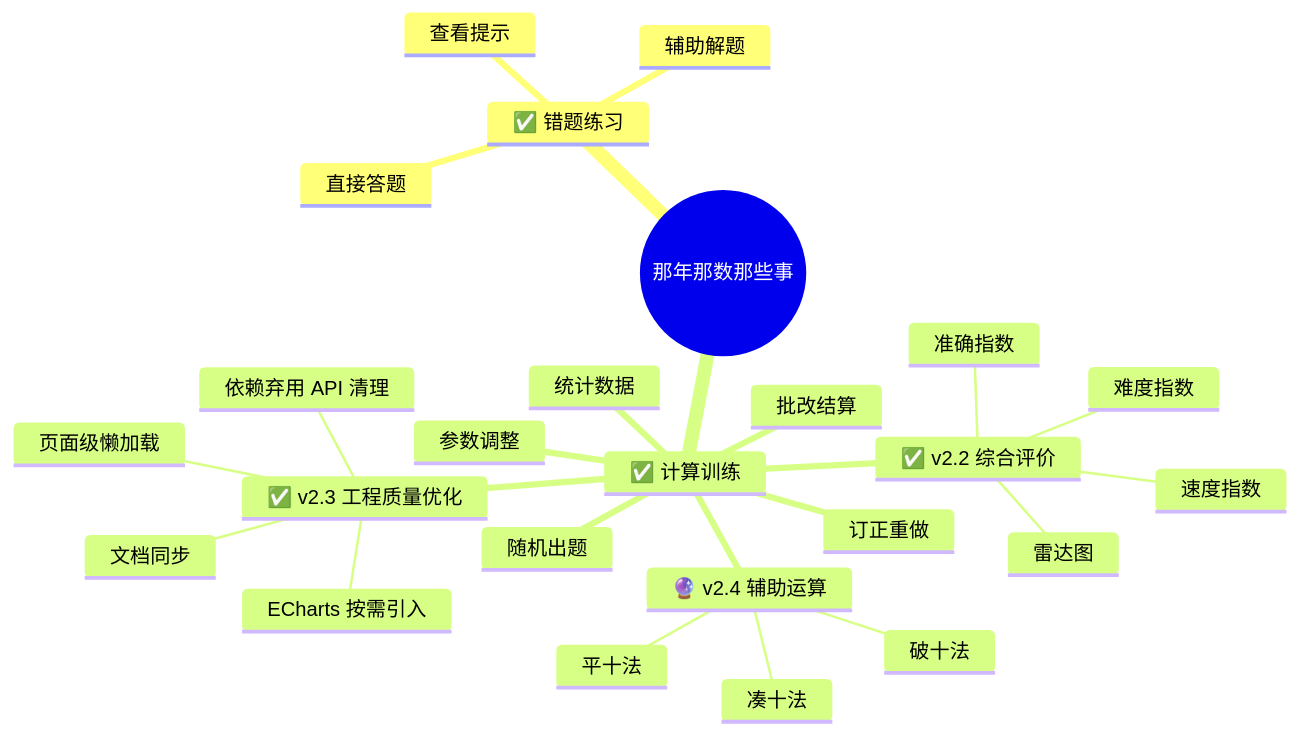
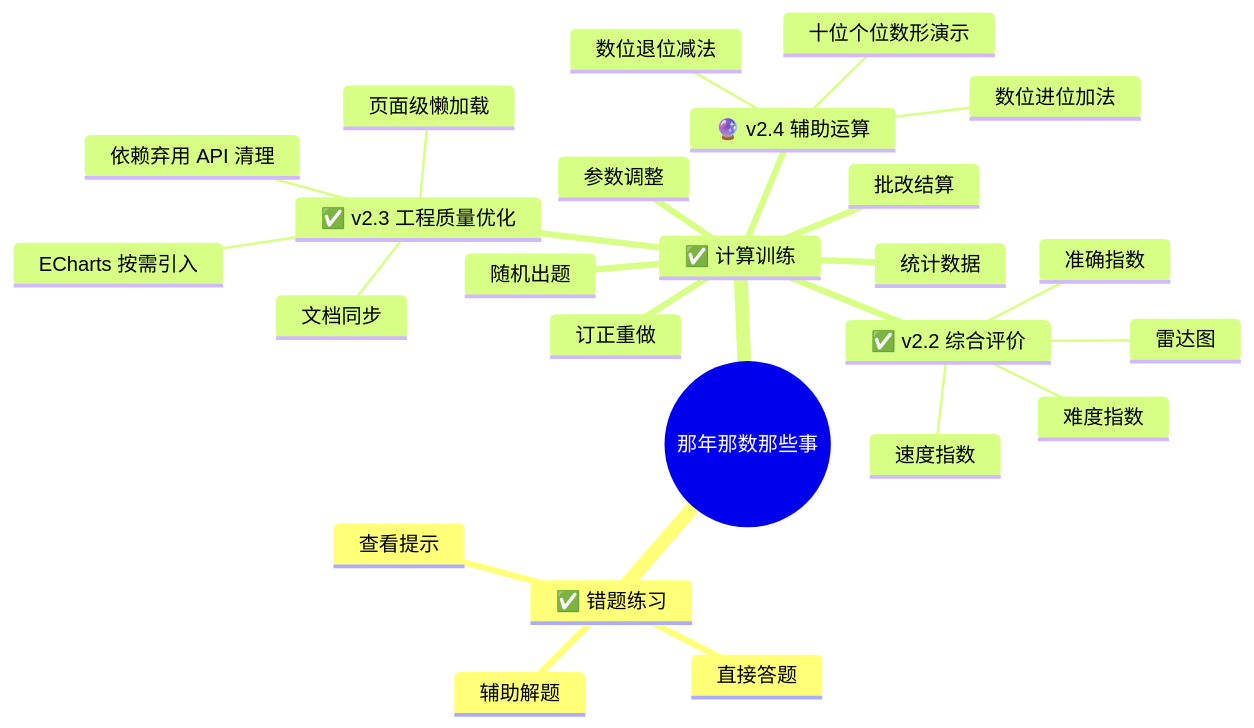
Before and after one commit to soapgu/that-math-things: the first of 2 diagrams in README.md, drawn with Mermaid. The commit also changed other lines of this file and 2 other files, not shown here.

````diff
--- a/README.md
+++ b/README.md
@@ -58,28 +58,28 @@
 ```mermaid
 mindmap
   root((那年那数那些事))
     ✅ 错题练习
       直接答题
       查看提示
       辅助解题
     ✅ 计算训练
       参数调整
       随机出题
       批改结算
       订正重做
       统计数据
      ✅ v2.2 综合评价
        难度指数
        准确指数
        速度指数
        雷达图
      ✅ v2.3 工程质量优化
        页面级懒加载
        ECharts 按需引入
        依赖弃用 API 清理
        文档同步
      🔮 v2.4 辅助运算
-       凑十法
-       破十法
-       平十法
+       数位进位加法
+       数位退位减法
+       十位个位数形演示
 ```
````
